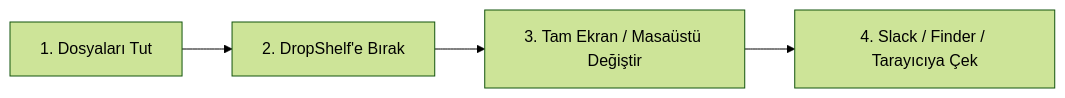
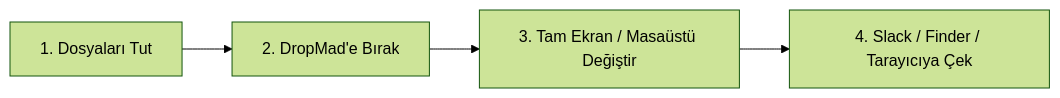
Before and after one commit to ogulcansivri/DropMad: the second of 2 diagrams in GUIDE.md, drawn with Mermaid (forest theme). The commit also changed other lines of this file and 16 other files, not shown here.

Commit message:
chore: rename project to DropMad across all components, bundle, docs and scripts

````diff
--- a/GUIDE.md
+++ b/GUIDE.md
@@ -87,6 +87,6 @@
 ```mermaid
 graph LR
-    A["1. Dosyaları Tut"] --> B["2. DropShelf'e Bırak"]
+    A["1. Dosyaları Tut"] --> B["2. DropMad'e Bırak"]
     B --> C["3. Tam Ekran / Masaüstü Değiştir"]
     C --> D["4. Slack / Finder / Tarayıcıya Çek"]
 ```
````
